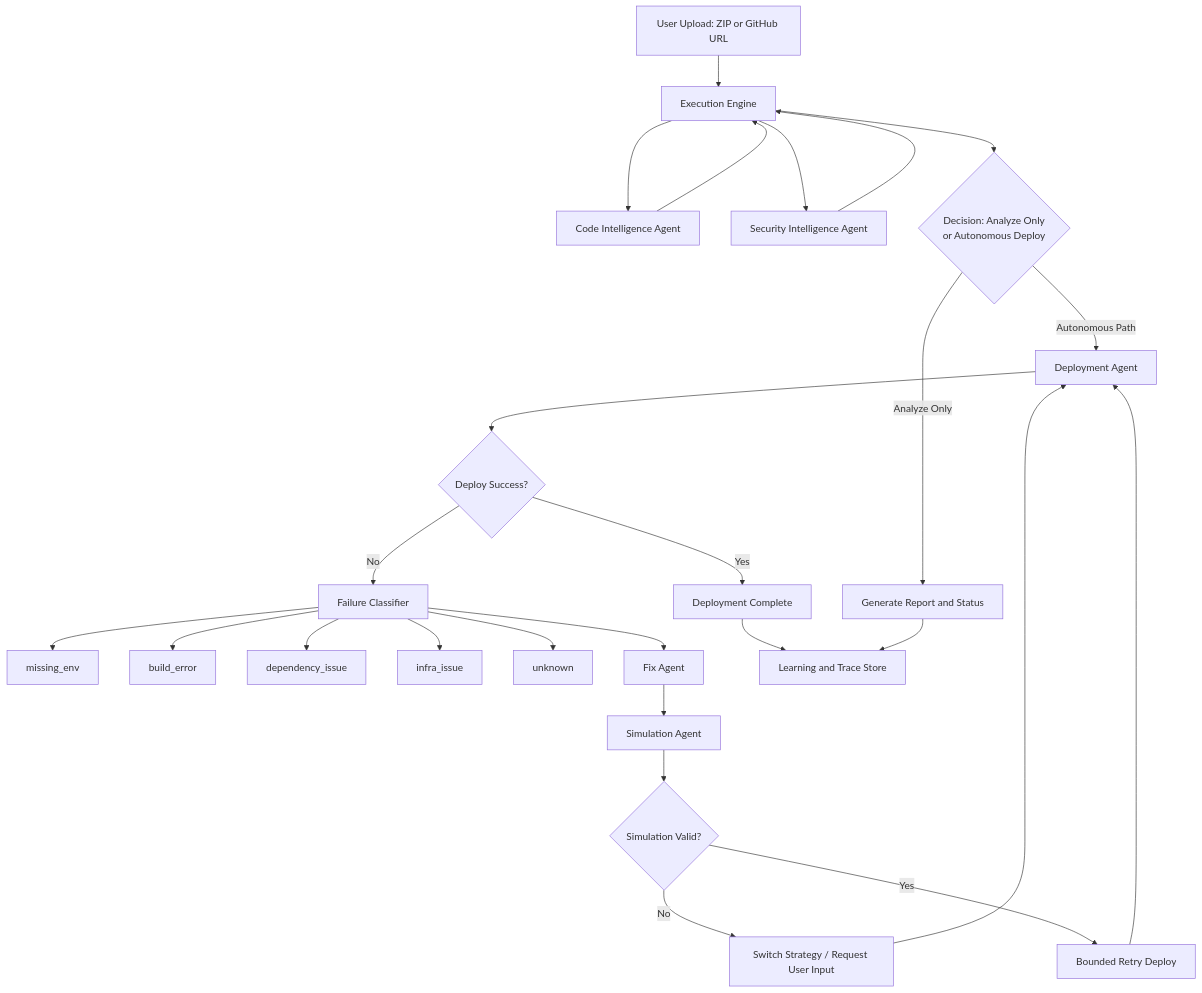
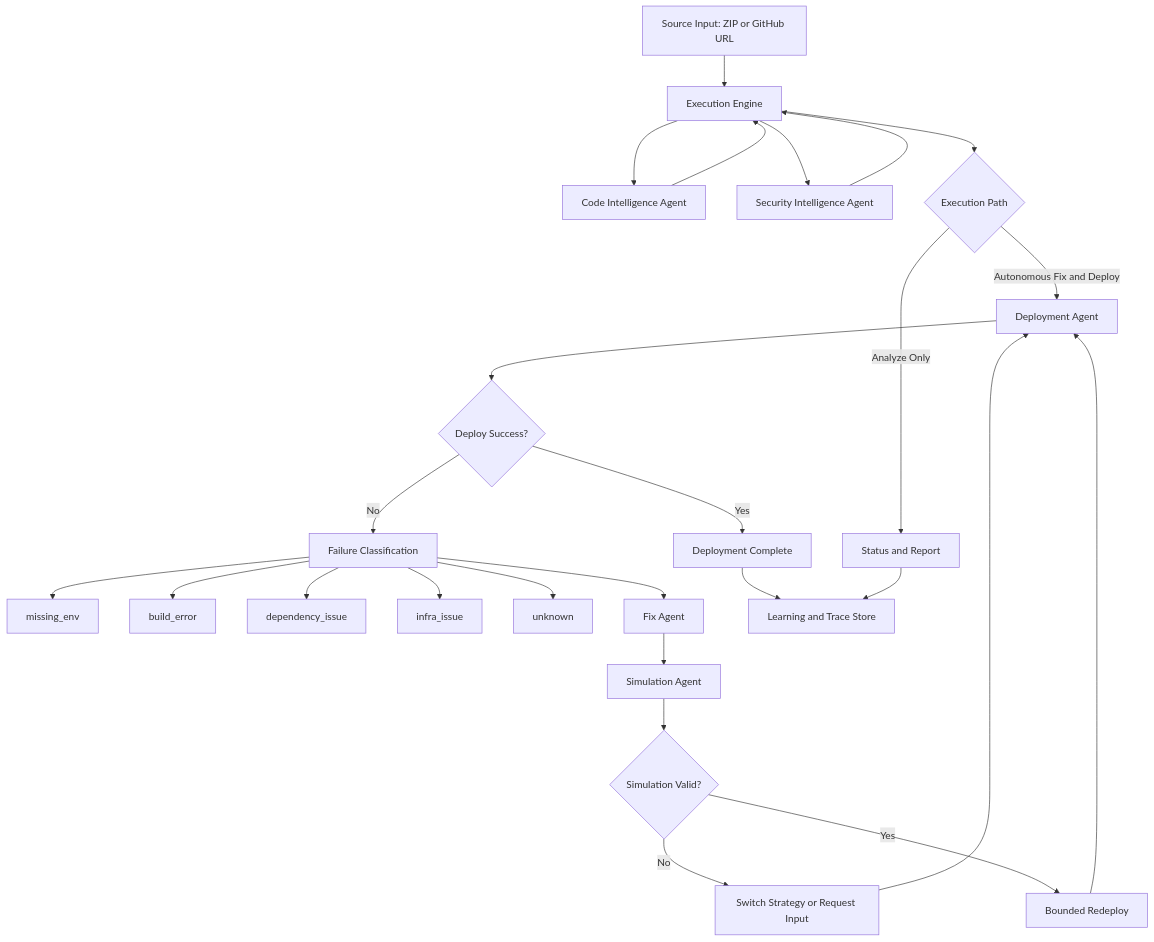
One commit to aadie14/nestify changed the first of 2 diagrams in README.md. Above: the diagram before and after it, drawn with Mermaid. The commit also changed other lines of this file, not shown here.

Commit message:
docs: synchronize README with full architecture and feature catalog

````diff
--- a/README.md
+++ b/README.md
@@ -64,38 +103,38 @@
 ```mermaid
 flowchart TD
-  U[User Upload: ZIP or GitHub URL] --> E[Execution Engine]
+  U[Source Input: ZIP or GitHub URL] --> EX[Execution Engine]
 
-  E --> CA[Code Intelligence Agent]
-  E --> SA[Security Intelligence Agent]
-  CA --> E
-  SA --> E
+  EX --> CA[Code Intelligence Agent]
+  EX --> SA[Security Intelligence Agent]
+  CA --> EX
+  SA --> EX
 
-  E --> D1{Decision: Analyze Only\nor Autonomous Deploy}
+  EX --> CH{Execution Path}
 
-  D1 -->|Analyze Only| R1[Generate Report and Status]
+  CH -->|Analyze Only| RP[Status and Report]
 
-  D1 -->|Autonomous Path| DEP[Deployment Agent]
-  DEP --> O1{Deploy Success?}
+  CH -->|Autonomous Fix and Deploy| DP[Deployment Agent]
+  DP --> OK{Deploy Success?}
 
-  O1 -->|Yes| DONE[Deployment Complete]
+  OK -->|Yes| SUC[Deployment Complete]
 
-  O1 -->|No| FC[Failure Classifier]
-  FC --> F1[missing_env]
-  FC --> F2[build_error]
-  FC --> F3[dependency_issue]
-  FC --> F4[infra_issue]
-  FC --> F5[unknown]
+  OK -->|No| FC[Failure Classification]
+  FC --> M1[missing_env]
+  FC --> M2[build_error]
+  FC --> M3[dependency_issue]
+  FC --> M4[infra_issue]
+  FC --> M5[unknown]
 
   FC --> FX[Fix Agent]
-  FX --> SIM[Simulation Agent]
-  SIM --> G1{Simulation Valid?}
+  FX --> SG[Simulation Agent]
+  SG --> SV{Simulation Valid?}
 
-  G1 -->|No| ALT[Switch Strategy / Request User Input]
-  G1 -->|Yes| RETRY[Bounded Retry Deploy]
+  SV -->|No| SW[Switch Strategy or Request Input]
+  SV -->|Yes| RT[Bounded Redeploy]
 
-  ALT --> DEP
-  RETRY --> DEP
+  SW --> DP
+  RT --> DP
 
-  DONE --> L[Learning and Trace Store]
-  R1 --> L
+  SUC --> LS[Learning and Trace Store]
+  RP --> LS
 ```
````
